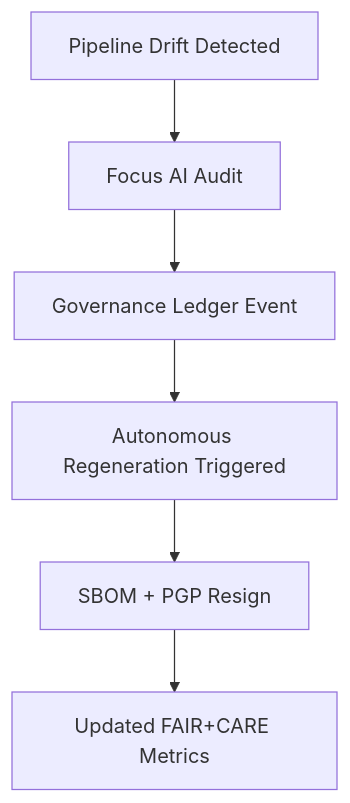
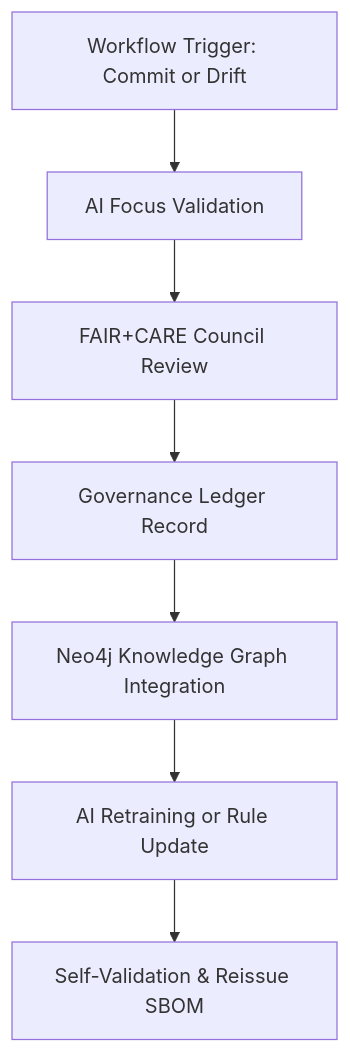
Before and after one commit to bartytime4life/Kansas-Frontier-Matrix: the first of 2 diagrams in src/README.md, drawn with Mermaid. The commit also changed other lines of this file, not shown here.

````diff
--- a/src/README.md
+++ b/src/README.md
@@ -171,8 +97,12 @@
 ```mermaid
 graph TD
-A["Pipeline Drift Detected"] --> B["Focus AI Audit"]
-B --> C["Governance Ledger Event"]
-C --> D["Autonomous Regeneration Triggered"]
-D --> E["SBOM + PGP Resign"]
-E --> F["Updated FAIR+CARE Metrics"]
+  A[Workflow Trigger: Commit or Drift]
+  B[AI Focus Validation]
+  C[FAIR+CARE Council Review]
+  D[Governance Ledger Record]
+  E[Neo4j Knowledge Graph Integration]
+  F[AI Retraining or Rule Update]
+  G[Self-Validation & Reissue SBOM]
+
+  A --> B --> C --> D --> E --> F --> G
 ```
````
